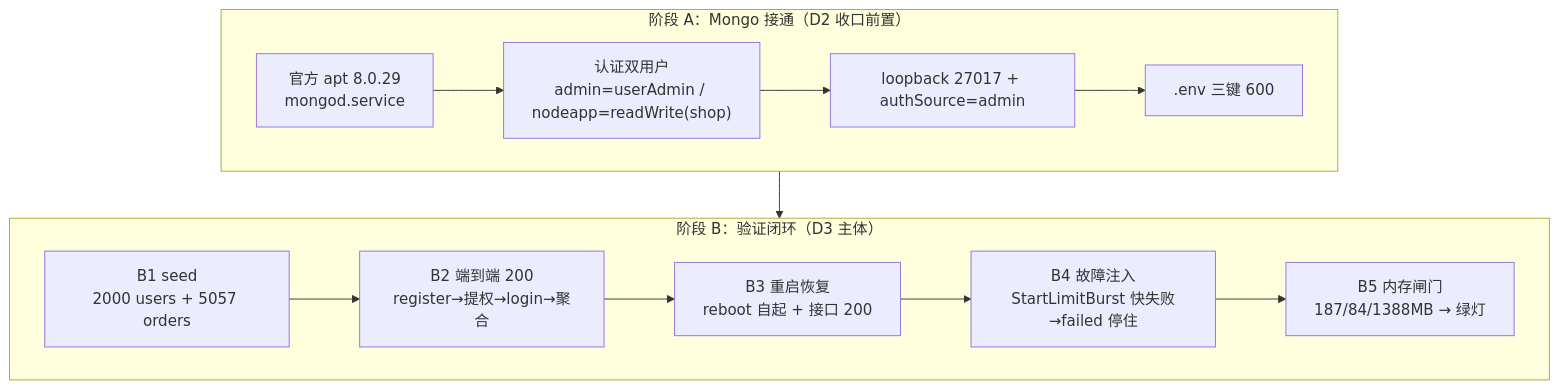
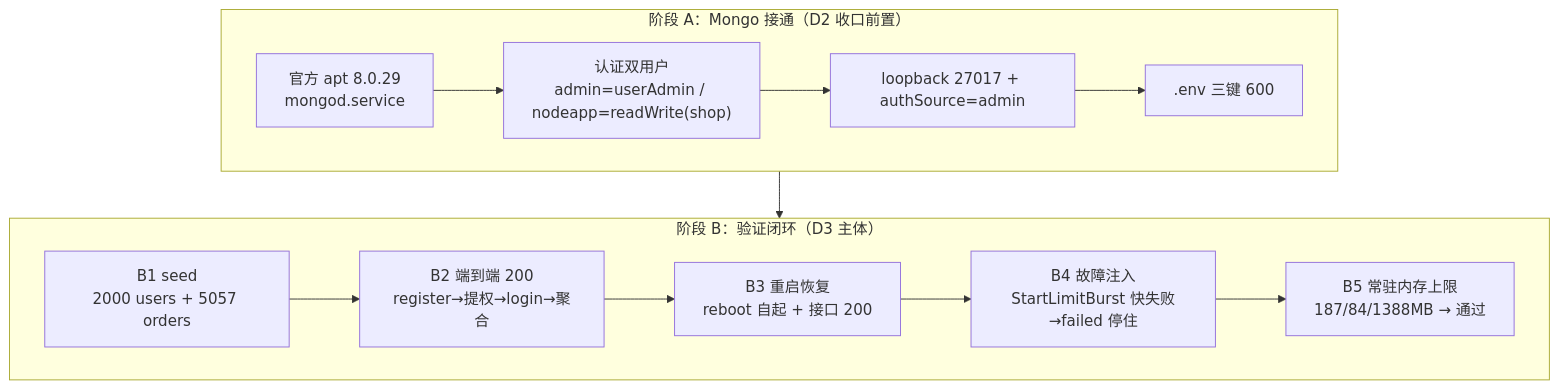
One commit to NiceFreak/nodejs-skillup changed the fourth of 9 diagrams in week9-deployment/notes/week9-roadmap-d1-d4.md. Above: the diagram before and after it, drawn with Mermaid. The commit also changed other lines of this file and 19 other files, not shown here.

````diff
--- a/week9-deployment/notes/week9-roadmap-d1-d4.md
+++ b/week9-deployment/notes/week9-roadmap-d1-d4.md
@@ -133,17 +133,17 @@
 ```mermaid
 flowchart TD
     subgraph 阶段A["阶段 A：Mongo 接通（D2 收口前置）"]
         A1["官方 apt 8.0.29<br/>mongod.service"] --> A2["认证双用户<br/>admin=userAdmin / nodeapp=readWrite(shop)"]
         A2 --> A3["loopback 27017 + authSource=admin"]
         A3 --> A4[".env 三键 600"]
     end
 
     subgraph 阶段B["阶段 B：验证闭环（D3 主体）"]
         B1["B1 seed<br/>2000 users + 5057 orders"] --> B2["B2 端到端 200<br/>register→提权→login→聚合"]
         B2 --> B3["B3 重启恢复<br/>reboot 自起 + 接口 200"]
         B3 --> B4["B4 故障注入<br/>StartLimitBurst 快失败→failed 停住"]
-        B4 --> B5["B5 内存闸门<br/>187/84/1388MB → 绿灯"]
+        B4 --> B5["B5 常驻内存上限<br/>187/84/1388MB → 通过"]
     end
 
     阶段A --> 阶段B
 ```
````
